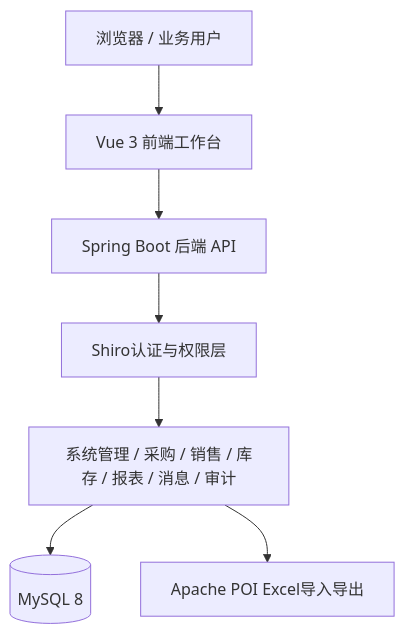
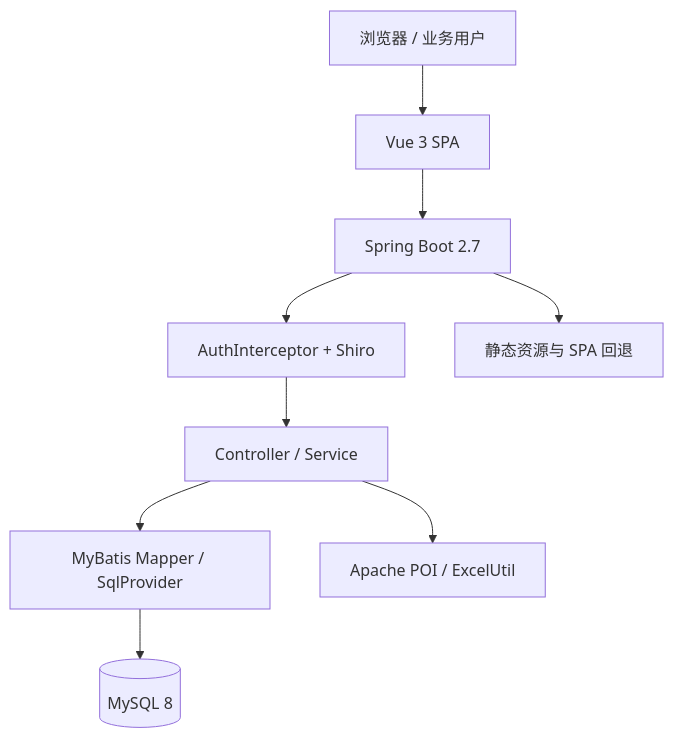
Before and after one commit to zcw199604/java-test: the first of 2 diagrams in helloagents/wiki/arch.md, drawn with Mermaid. The commit also changed other lines of this file and 14 other files, not shown here.

````diff
--- a/helloagents/wiki/arch.md
+++ b/helloagents/wiki/arch.md
@@ -4,9 +4,11 @@
 ```mermaid
 flowchart TD
-    A[浏览器 / 业务用户] --> B[Vue 3 前端工作台]
-    B --> C[Spring Boot 后端 API]
-    C --> D[Shiro认证与权限层]
-    D --> E[系统管理 / 采购 / 销售 / 库存 / 报表 / 消息 / 审计]
-    E --> F[(MySQL 8)]
-    E --> G[Apache POI Excel导入导出]
+    U[浏览器 / 业务用户] --> F[Vue 3 SPA]
+    F --> S[Spring Boot 2.7]
+    S --> I[AuthInterceptor + Shiro]
+    I --> C[Controller / Service]
+    C --> M[MyBatis Mapper / SqlProvider]
+    M --> DB[(MySQL 8)]
+    C --> X[Apache POI / ExcelUtil]
+    S --> Static[静态资源与 SPA 回退]
 ```
````
